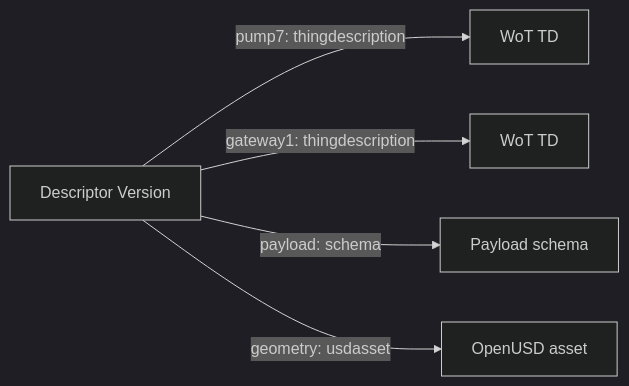
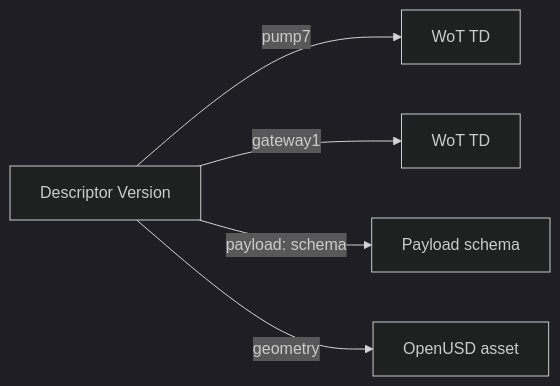
One commit to xregistry/spec changed the diagram in workingdrafts/models/descriptor/spec.md. Above: the diagram before and after it, drawn with Mermaid (dark theme). The commit also changed other lines of this file and 6 other files, not shown here.

````diff
--- a/workingdrafts/models/descriptor/spec.md
+++ b/workingdrafts/models/descriptor/spec.md
@@ -84,7 +87,7 @@
 ```mermaid
 flowchart LR
-  D["Descriptor Version"] -- "pump7: thingdescription" --> T["WoT TD"]
-  D -- "gateway1: thingdescription" --> G["WoT TD"]
+  D["Descriptor Version"] -- "pump7" --> T["WoT TD"]
+  D -- "gateway1" --> G["WoT TD"]
   D -- "payload: schema" --> S["Payload schema"]
-  D -- "geometry: usdasset" --> U["OpenUSD asset"]
+  D -- "geometry" --> U["OpenUSD asset"]
 ```
````
